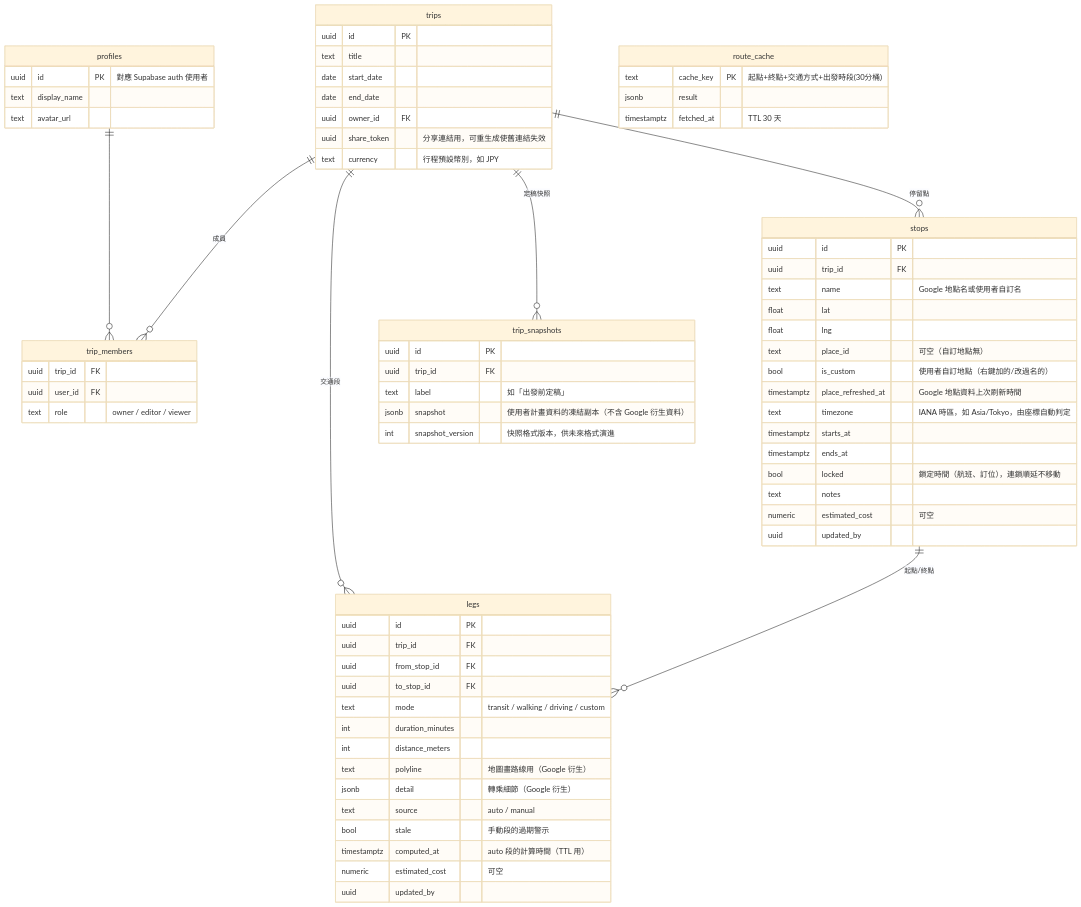
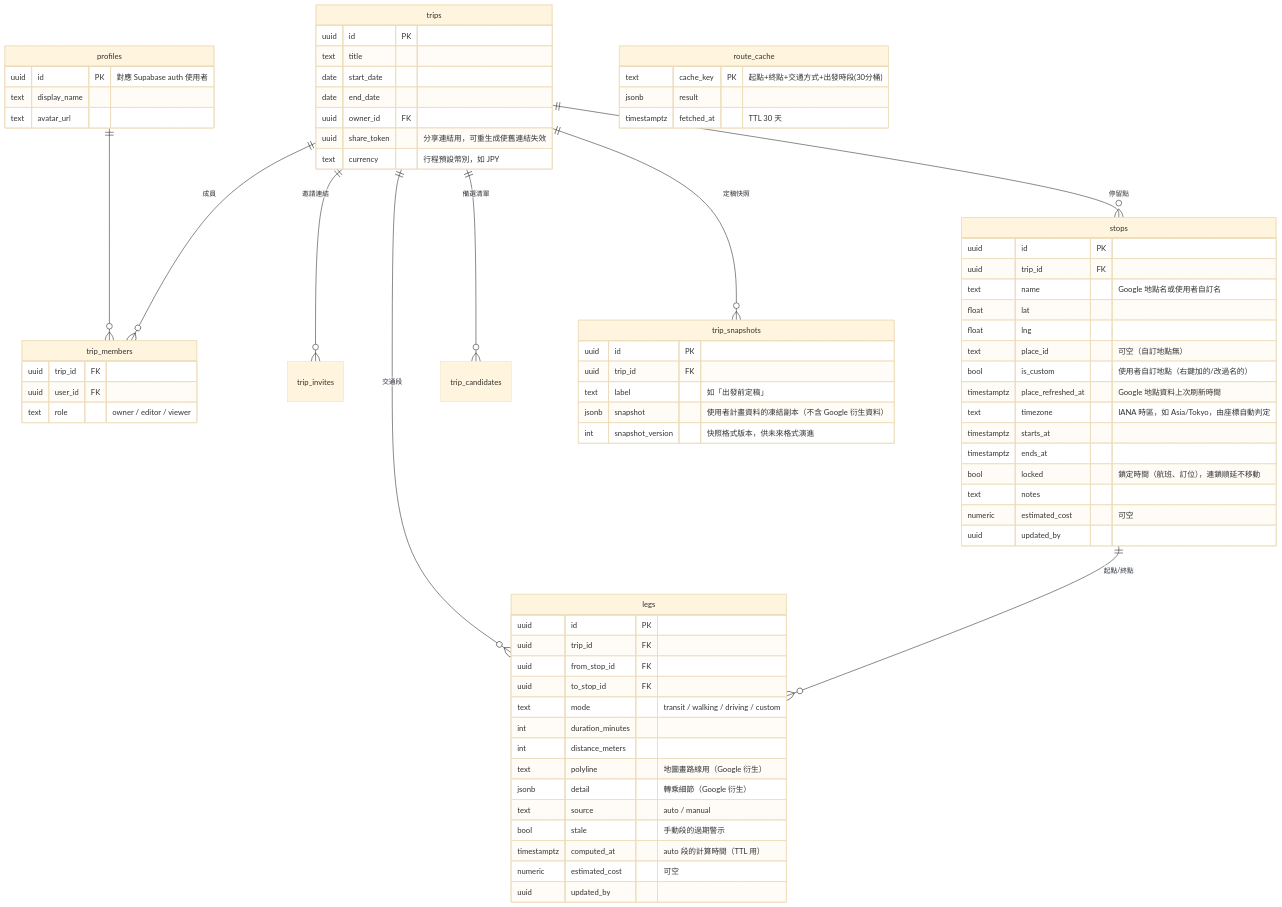
One commit to ken19960728ken/travel-planner changed the second of 3 diagrams in docs/superpowers/specs/2026-07-30-travel-planner-design.md. Above: the diagram before and after it, drawn with Mermaid (base theme). The commit also changed other lines of this file and 1 other file, not shown here.

````diff
--- a/docs/superpowers/specs/2026-07-30-travel-planner-design.md
+++ b/docs/superpowers/specs/2026-07-30-travel-planner-design.md
@@ -92,74 +104,76 @@
 ```mermaid
 erDiagram
     profiles ||--o{ trip_members : ""
     trips ||--o{ trip_members : "成員"
+    trips ||--o{ trip_invites : "邀請連結"
     trips ||--o{ stops : "停留點"
     trips ||--o{ legs : "交通段"
+    trips ||--o{ trip_candidates : "備選清單"
     trips ||--o{ trip_snapshots : "定稿快照"
     stops ||--o{ legs : "起點/終點"
 
     profiles {
         uuid id PK "對應 Supabase auth 使用者"
         text display_name
         text avatar_url
     }
     trips {
         uuid id PK
         text title
         date start_date
         date end_date
         uuid owner_id FK
         uuid share_token "分享連結用，可重生成使舊連結失效"
         text currency "行程預設幣別，如 JPY"
     }
     trip_members {
         uuid trip_id FK
         uuid user_id FK
         text role "owner / editor / viewer"
     }
     stops {
         uuid id PK
         uuid trip_id FK
         text name "Google 地點名或使用者自訂名"
         float lat
         float lng
         text place_id "可空（自訂地點無）"
         bool is_custom "使用者自訂地點（右鍵加的/改過名的）"
         timestamptz place_refreshed_at "Google 地點資料上次刷新時間"
         text timezone "IANA 時區，如 Asia/Tokyo，由座標自動判定"
         timestamptz starts_at
         timestamptz ends_at
         bool locked "鎖定時間（航班、訂位），連鎖順延不移動"
         text notes
         numeric estimated_cost "可空"
         uuid updated_by
     }
     legs {
         uuid id PK
         uuid trip_id FK
         uuid from_stop_id FK
         uuid to_stop_id FK
         text mode "transit / walking / driving / custom"
         int duration_minutes
         int distance_meters
         text polyline "地圖畫路線用（Google 衍生）"
         jsonb detail "轉乘細節（Google 衍生）"
         text source "auto / manual"
         bool stale "手動段的過期警示"
         timestamptz computed_at "auto 段的計算時間（TTL 用）"
         numeric estimated_cost "可空"
         uuid updated_by
     }
     trip_snapshots {
         uuid id PK
         uuid trip_id FK
         text label "如「出發前定稿」"
         jsonb snapshot "使用者計畫資料的凍結副本（不含 Google 衍生資料）"
         int snapshot_version "快照格式版本，供未來格式演進"
     }
     route_cache {
         text cache_key PK "起點+終點+交通方式+出發時段(30分桶)"
         jsonb result
         timestamptz fetched_at "TTL 30 天"
     }
 ```
````
